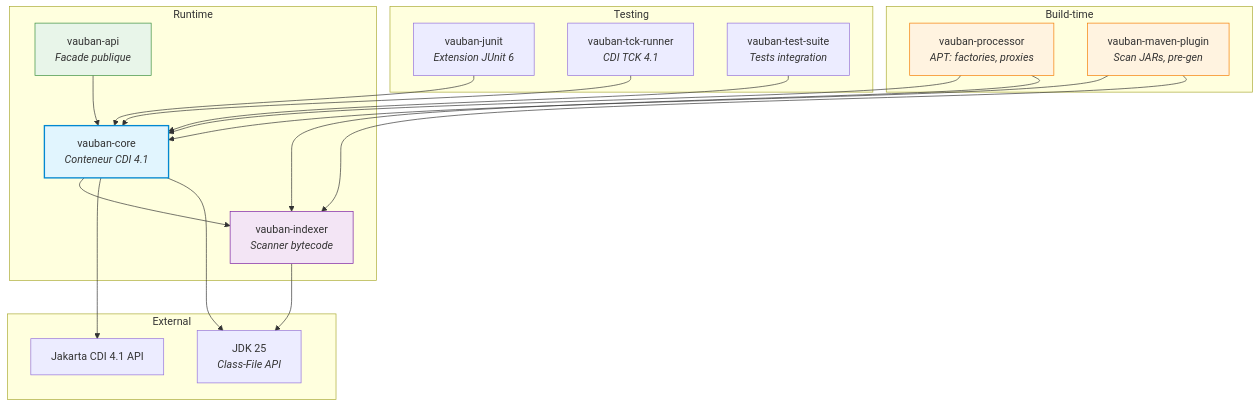
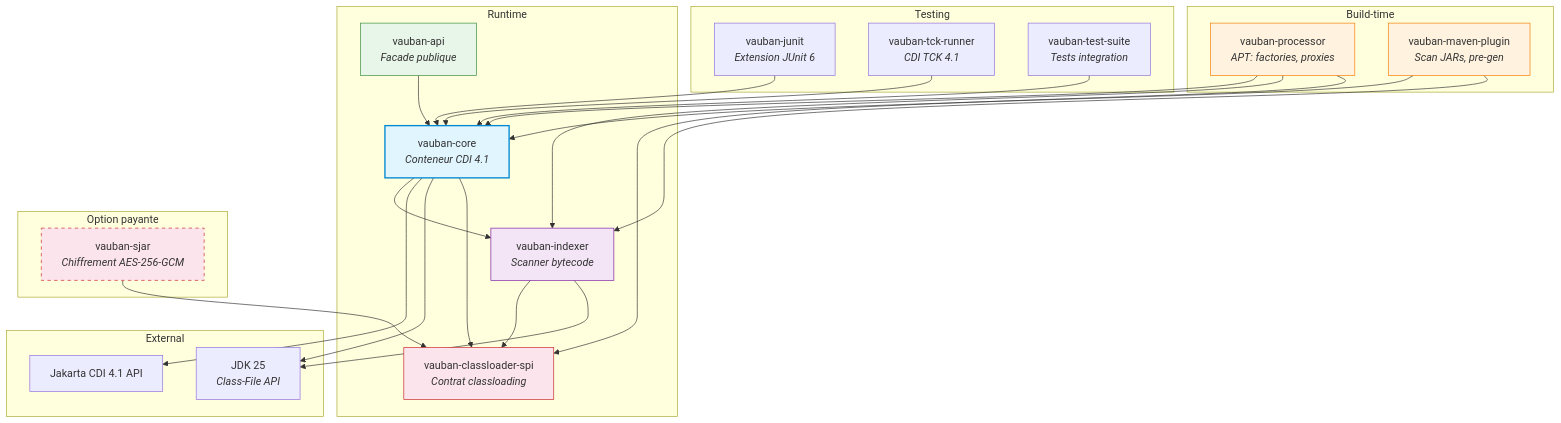
Before and after one commit to vidocq-stack/vauban: the first of 18 diagrams in docs/architecture.md, drawn with Mermaid. The commit also changed other lines of this file and 1 other file, not shown here.

````diff
--- a/docs/architecture.md
+++ b/docs/architecture.md
@@ -7,43 +7,54 @@
 ```mermaid
 graph TB
     subgraph "Build-time"
         PROC[vauban-processor<br/><i>APT: factories, proxies</i>]
         PLUGIN[vauban-maven-plugin<br/><i>Scan JARs, pre-gen</i>]
     end
 
     subgraph "Runtime"
         API[vauban-api<br/><i>Facade publique</i>]
         CORE[vauban-core<br/><i>Conteneur CDI 4.1</i>]
         IDX[vauban-indexer<br/><i>Scanner bytecode</i>]
+        CL_SPI[vauban-classloader-spi<br/><i>Contrat classloading</i>]
+    end
+
+    subgraph "Option payante"
+        SJAR[vauban-sjar<br/><i>Chiffrement AES-256-GCM</i>]
     end
 
     subgraph "Testing"
         JUNIT[vauban-junit<br/><i>Extension JUnit 6</i>]
         TCK[vauban-tck-runner<br/><i>CDI TCK 4.1</i>]
         SUITE[vauban-test-suite<br/><i>Tests integration</i>]
     end
 
     subgraph "External"
         CDI[Jakarta CDI 4.1 API]
         JDK[JDK 25<br/><i>Class-File API</i>]
     end
 
     API --> CORE
     CORE --> IDX
     CORE --> CDI
     CORE --> JDK
+    CORE --> CL_SPI
+    IDX --> CL_SPI
     PROC --> CORE
     PROC --> IDX
+    PROC --> CL_SPI
     PLUGIN --> CORE
     PLUGIN --> IDX
     JUNIT --> CORE
     TCK --> CORE
     SUITE --> CORE
     IDX --> JDK
+    SJAR --> CL_SPI
 
     style CORE fill:#e1f5fe,stroke:#0288d1,stroke-width:2px
     style IDX fill:#f3e5f5,stroke:#7b1fa2
     style API fill:#e8f5e9,stroke:#388e3c
     style PROC fill:#fff3e0,stroke:#f57c00
     style PLUGIN fill:#fff3e0,stroke:#f57c00
+    style CL_SPI fill:#fce4ec,stroke:#c62828
+    style SJAR fill:#fce4ec,stroke:#c62828,stroke-dasharray:5
 ```
````
